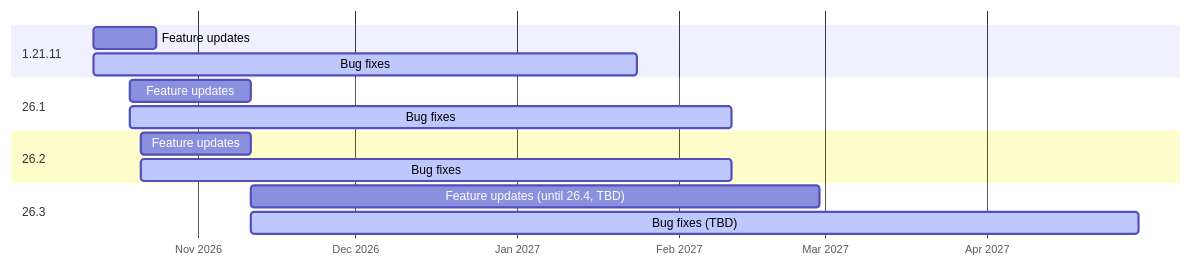
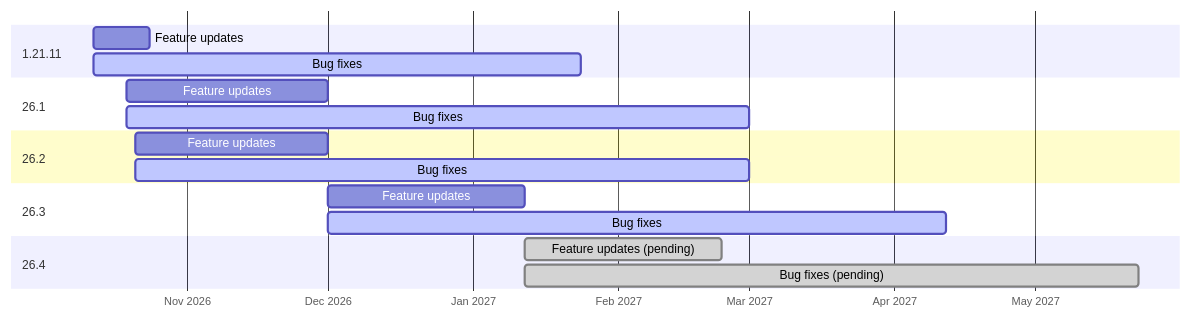
The diagram in README.md (Restfulbee37/copper-golem-optimisation), drawn with Mermaid before and after one commit. The commit also changed other lines of this file, not shown here.

Commit message:
Supported versions: add pending 26.4, even out 26.3
26.1 and 26.2 get feature updates until 26.3 is ported, now estimated
for 1 December. 26.3's periods are the same length as the others, and
26.4 is shown in grey as pending until Minecraft releases it.

````diff
--- a/README.md
+++ b/README.md
@@ -35,17 +35,20 @@
 ```mermaid
 gantt
     dateFormat YYYY-MM-DD
     axisFormat %b %Y
     section 1.21.11
         Feature updates : 2026-10-12, 2026-10-24
         Bug fixes       : active, 2026-10-12, 2027-01-24
     section 26.1
-        Feature updates : 2026-10-19, 2026-11-11
-        Bug fixes       : active, 2026-10-19, 2027-02-11
+        Feature updates : 2026-10-19, 2026-12-01
+        Bug fixes       : active, 2026-10-19, 2027-03-01
     section 26.2
-        Feature updates : 2026-10-21, 2026-11-11
-        Bug fixes       : active, 2026-10-21, 2027-02-11
+        Feature updates : 2026-10-21, 2026-12-01
+        Bug fixes       : active, 2026-10-21, 2027-03-01
     section 26.3
-        Feature updates (until 26.4, TBD) : 2026-11-11, 2027-02-28
-        Bug fixes (TBD)                   : active, 2026-11-11, 2027-04-30
+        Feature updates : 2026-12-01, 2027-01-12
+        Bug fixes       : active, 2026-12-01, 2027-04-12
+    section 26.4
+        Feature updates (pending) : done, 2027-01-12, 2027-02-23
+        Bug fixes (pending)       : done, 2027-01-12, 2027-05-23
 ```
````
